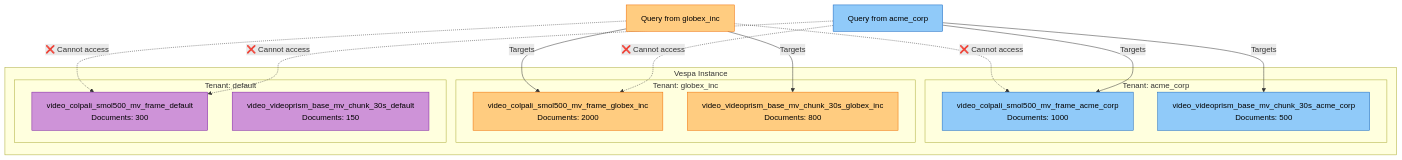
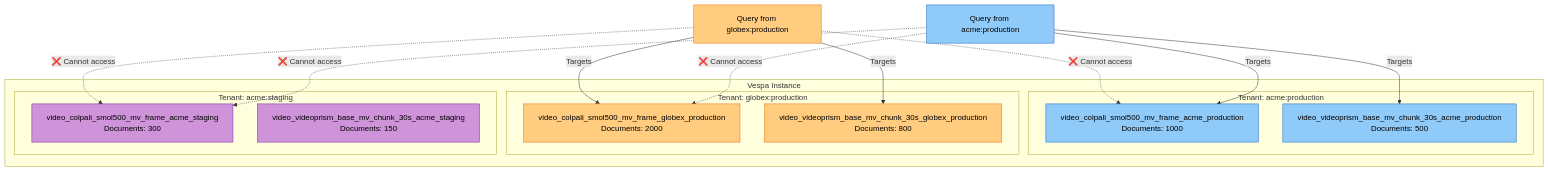
One commit to amit-jain/cogniverse changed the sixth of 21 diagrams in docs/diagrams/multi-tenant-diagrams.md. Above: the diagram before and after it, drawn with Mermaid. The commit also changed other lines of this file and 50 other files, not shown here.

First line of the commit message:
Complete and verify docs against code with mermaid palette

````diff
--- a/docs/diagrams/multi-tenant-diagrams.md
+++ b/docs/diagrams/multi-tenant-diagrams.md
@@ -265,38 +276,38 @@
 ```mermaid
 flowchart TB
     subgraph "Vespa Instance"
-        subgraph "Tenant: acme_corp"
-            SchemaA1["<span style='color:#000'>video_colpali_smol500_mv_frame_acme_corp<br/>Documents: 1000</span>"]
-            SchemaA2["<span style='color:#000'>video_videoprism_base_mv_chunk_30s_acme_corp<br/>Documents: 500</span>"]
+        subgraph "Tenant: acme:production"
+            SchemaA1["<span style='color:#000'>video_colpali_smol500_mv_frame_acme_production<br/>Documents: 1000</span>"]
+            SchemaA2["<span style='color:#000'>video_videoprism_base_mv_chunk_30s_acme_production<br/>Documents: 500</span>"]
         end
 
-        subgraph "Tenant: globex_inc"
-            SchemaB1["<span style='color:#000'>video_colpali_smol500_mv_frame_globex_inc<br/>Documents: 2000</span>"]
-            SchemaB2["<span style='color:#000'>video_videoprism_base_mv_chunk_30s_globex_inc<br/>Documents: 800</span>"]
+        subgraph "Tenant: globex:production"
+            SchemaB1["<span style='color:#000'>video_colpali_smol500_mv_frame_globex_production<br/>Documents: 2000</span>"]
+            SchemaB2["<span style='color:#000'>video_videoprism_base_mv_chunk_30s_globex_production<br/>Documents: 800</span>"]
         end
 
-        subgraph "Tenant: default"
-            SchemaC1["<span style='color:#000'>video_colpali_smol500_mv_frame_default<br/>Documents: 300</span>"]
-            SchemaC2["<span style='color:#000'>video_videoprism_base_mv_chunk_30s_default<br/>Documents: 150</span>"]
+        subgraph "Tenant: acme:staging"
+            SchemaC1["<span style='color:#000'>video_colpali_smol500_mv_frame_acme_staging<br/>Documents: 300</span>"]
+            SchemaC2["<span style='color:#000'>video_videoprism_base_mv_chunk_30s_acme_staging<br/>Documents: 150</span>"]
         end
     end
 
-    QueryA["<span style='color:#000'>Query from acme_corp</span>"] -->|Targets| SchemaA1
+    QueryA["<span style='color:#000'>Query from acme:production</span>"] -->|Targets| SchemaA1
     QueryA -->|Targets| SchemaA2
     QueryA -.->|❌ Cannot access| SchemaB1
     QueryA -.->|❌ Cannot access| SchemaC1
 
-    QueryB["<span style='color:#000'>Query from globex_inc</span>"] -->|Targets| SchemaB1
+    QueryB["<span style='color:#000'>Query from globex:production</span>"] -->|Targets| SchemaB1
     QueryB -->|Targets| SchemaB2
     QueryB -.->|❌ Cannot access| SchemaA1
     QueryB -.->|❌ Cannot access| SchemaC1
 
     style SchemaA1 fill:#90caf9,stroke:#1565c0,color:#000
     style SchemaA2 fill:#90caf9,stroke:#1565c0,color:#000
     style SchemaB1 fill:#ffcc80,stroke:#ef6c00,color:#000
     style SchemaB2 fill:#ffcc80,stroke:#ef6c00,color:#000
     style SchemaC1 fill:#ce93d8,stroke:#7b1fa2,color:#000
     style SchemaC2 fill:#ce93d8,stroke:#7b1fa2,color:#000
     style QueryA fill:#90caf9,stroke:#1565c0,color:#000
     style QueryB fill:#ffcc80,stroke:#ef6c00,color:#000
 ```
````
